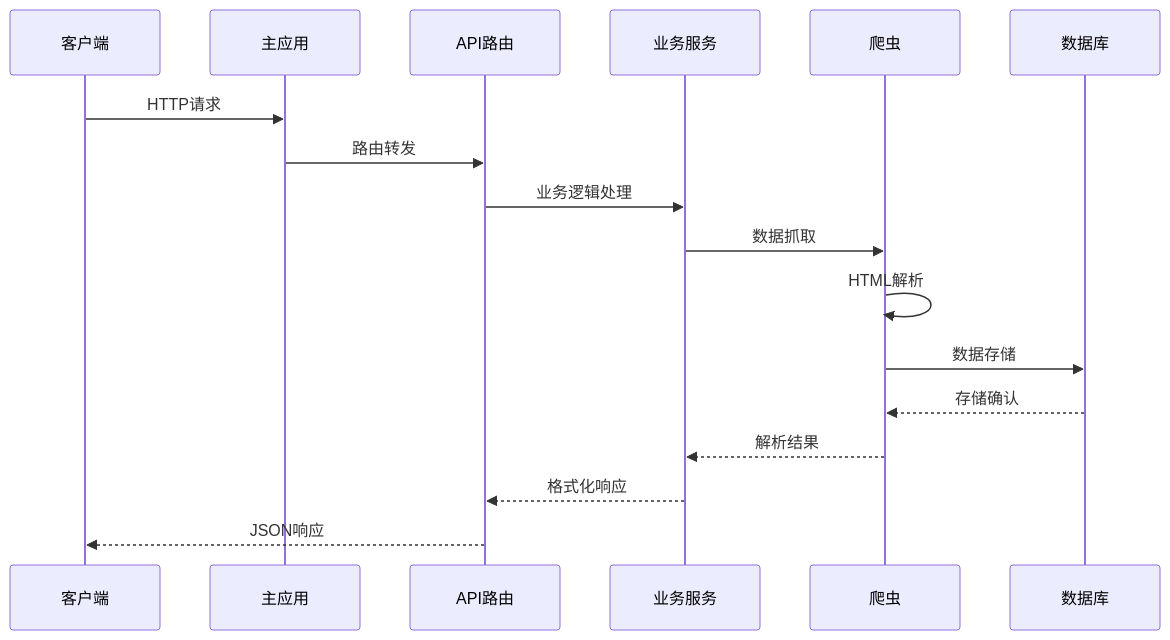
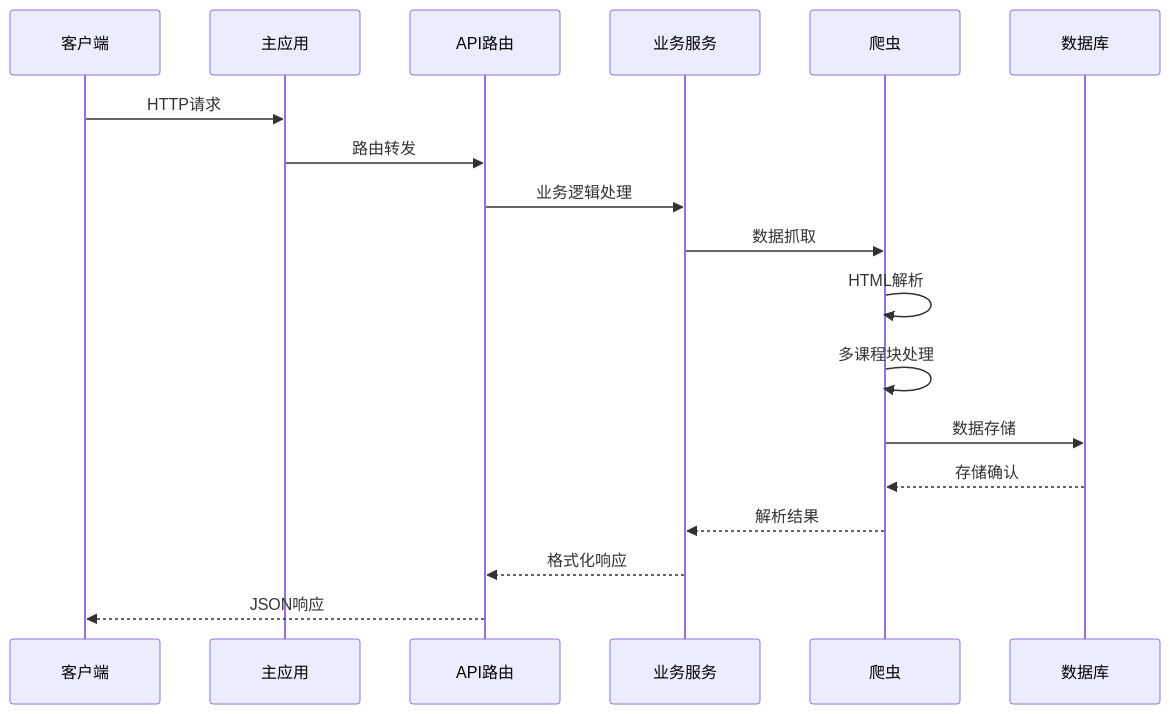
One commit to ghbbn053-ship-itsoulddog/soulddog changed the tenth of 11 diagrams in .qoder/repowiki/zh/content/后端API文档/学术数据查询API/课表查询API.md. Above: the diagram before and after it, drawn with Mermaid. The commit also changed other lines of this file and 12 other files, not shown here.

````diff
--- a/.qoder/repowiki/zh/content/后端API文档/学术数据查询API/课表查询API.md
+++ b/.qoder/repowiki/zh/content/后端API文档/学术数据查询API/课表查询API.md
@@ -336,19 +379,20 @@
 ```mermaid
 sequenceDiagram
 participant Client as 客户端
 participant Main as 主应用
 participant API as API路由
 participant Service as 业务服务
 participant Scraper as 爬虫
 participant Database as 数据库
 Client->>Main : HTTP请求
 Main->>API : 路由转发
 API->>Service : 业务逻辑处理
 Service->>Scraper : 数据抓取
 Scraper->>Scraper : HTML解析
+Scraper->>Scraper : 多课程块处理
 Scraper->>Database : 数据存储
 Database-->>Scraper : 存储确认
 Scraper-->>Service : 解析结果
 Service-->>API : 格式化响应
 API-->>Client : JSON响应
 ```
````
